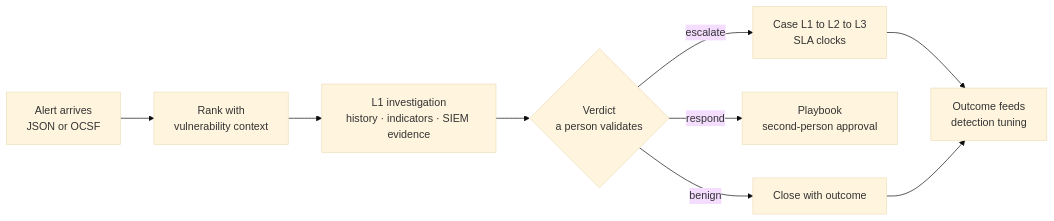
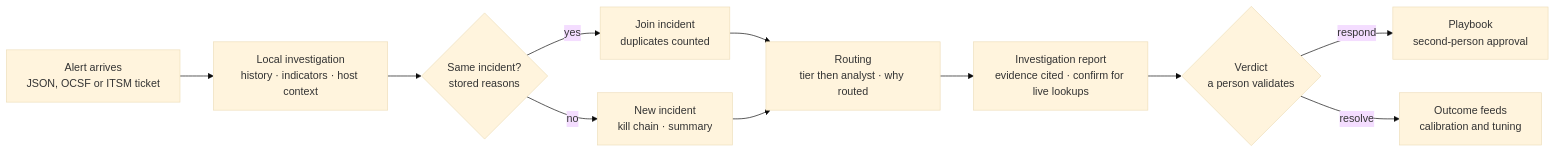
The second of 13 diagrams in README.md (pavankumar-evani/VulnHunter), drawn with Mermaid (base theme) before and after one commit. The commit also changed other lines of this file and 15 other files, not shown here.

````diff
--- a/README.md
+++ b/README.md
@@ -158,11 +177,13 @@
 ```mermaid
 flowchart LR
-    A[Alert arrives<br/>JSON or OCSF] --> B[Rank with<br/>vulnerability context]
-    B --> C[L1 investigation<br/>history · indicators · SIEM evidence]
-    C --> D{Verdict<br/>a person validates}
-    D -->|escalate| E[Case L1 to L2 to L3<br/>SLA clocks]
-    D -->|respond| F[Playbook<br/>second-person approval]
-    D -->|benign| G[Close with outcome]
-    E --> H[Outcome feeds<br/>detection tuning]
-    G --> H
+    A[Alert arrives<br/>JSON, OCSF or ITSM ticket] --> B[Local investigation<br/>history · indicators · host context]
+    B --> C{Same incident?<br/>stored reasons}
+    C -->|yes| D[Join incident<br/>duplicates counted]
+    C -->|no| E[New incident<br/>kill chain · summary]
+    D --> F[Routing<br/>tier then analyst · why routed]
+    E --> F
+    F --> G[Investigation report<br/>evidence cited · confirm for live lookups]
+    G --> H{Verdict<br/>a person validates}
+    H -->|respond| I[Playbook<br/>second-person approval]
+    H -->|resolve| J[Outcome feeds<br/>calibration and tuning]
 ```
````
